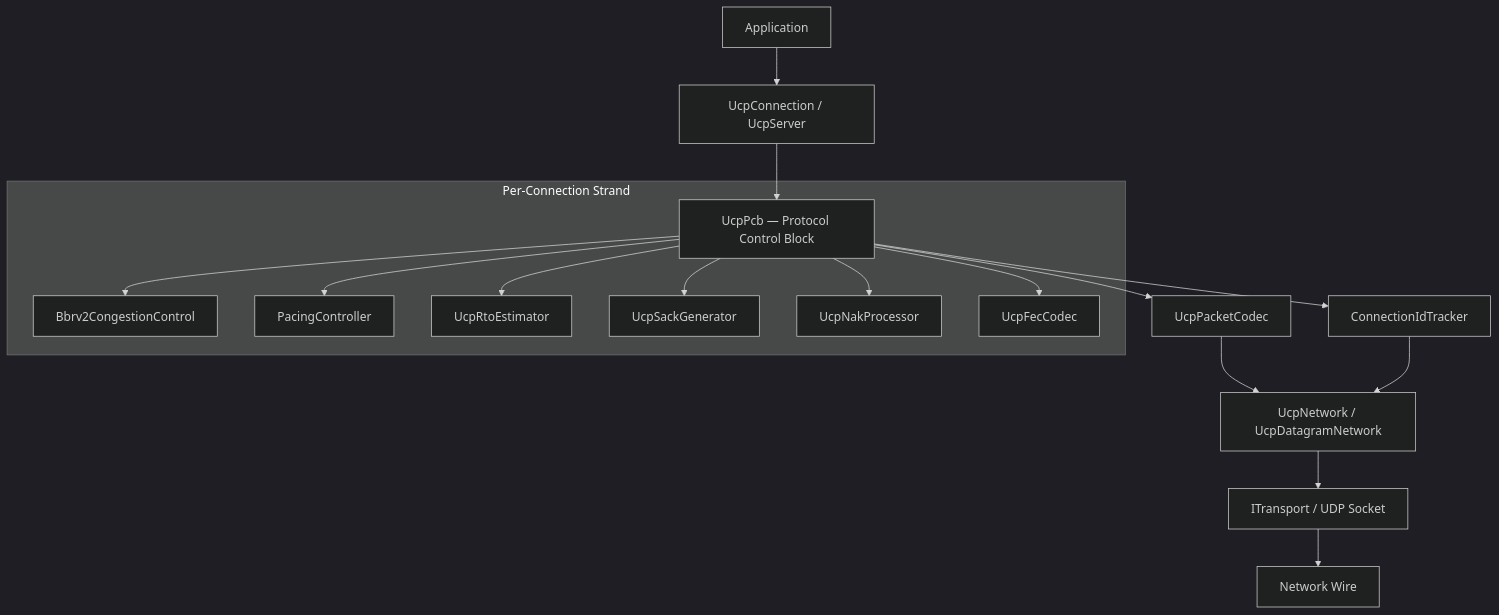
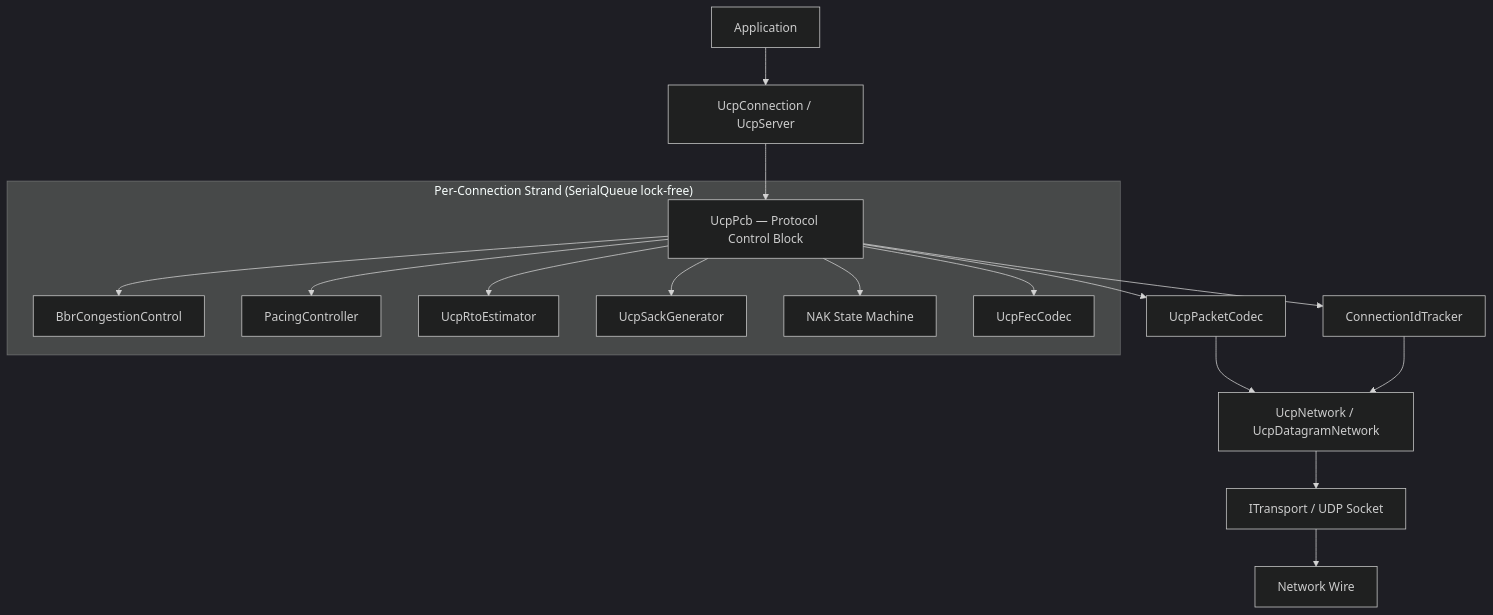
The first of 11 diagrams in docs/architecture.md (liulilittle/ucp), drawn with Mermaid (dark theme) before and after one commit. The commit also changed other lines of this file and 43 other files, not shown here.

````diff
--- a/docs/architecture.md
+++ b/docs/architecture.md
@@ -13,27 +13,27 @@
 ```mermaid
 flowchart TD
-    App[Application] --> Public[UcpConnection / UcpServer]
-    Public --> Pcb[UcpPcb — Protocol Control Block]
-    Pcb --> Bbr[Bbrv2CongestionControl]
-    Pcb --> Pacing[PacingController]
-    Pcb --> Rto[UcpRtoEstimator]
-    Pcb --> Sack[UcpSackGenerator]
-    Pcb --> Nak[UcpNakProcessor]
-    Pcb --> Fec[UcpFecCodec]
-    Pcb --> ConnId[ConnectionIdTracker]
-    Pcb --> Codec[UcpPacketCodec]
-    Codec --> Net[UcpNetwork / UcpDatagramNetwork]
-    ConnId --> Net
-    Net --> Transport[ITransport / UDP Socket]
-    Transport --> Wire[Network Wire]
-
-    subgraph "Per-Connection Strand"
+    App["Application"] --> Public["UcpConnection / UcpServer"]
+    Public --> Pcb["UcpPcb — Protocol Control Block"]
+    Pcb --> Bbr["BbrCongestionControl"]
+    Pcb --> Pacing["PacingController"]
+    Pcb --> Rto["UcpRtoEstimator"]
+    Pcb --> Sack["UcpSackGenerator"]
+    Pcb --> Nak["NAK State Machine"]
+    Pcb --> Fec["UcpFecCodec"]
+    Pcb --> ConnId["ConnectionIdTracker"]
+    Pcb --> Codec["UcpPacketCodec"]
+    Codec --> Network["UcpNetwork / UcpDatagramNetwork"]
+    ConnId --> Network
+    Network --> Transport["ITransport / UDP Socket"]
+    Transport --> Wire["Network Wire"]
+    
+    subgraph Strand["Per-Connection Strand (SerialQueue lock-free)"]
         Pcb
         Bbr
         Pacing
         Rto
         Sack
         Nak
         Fec
     end
 ```
````
